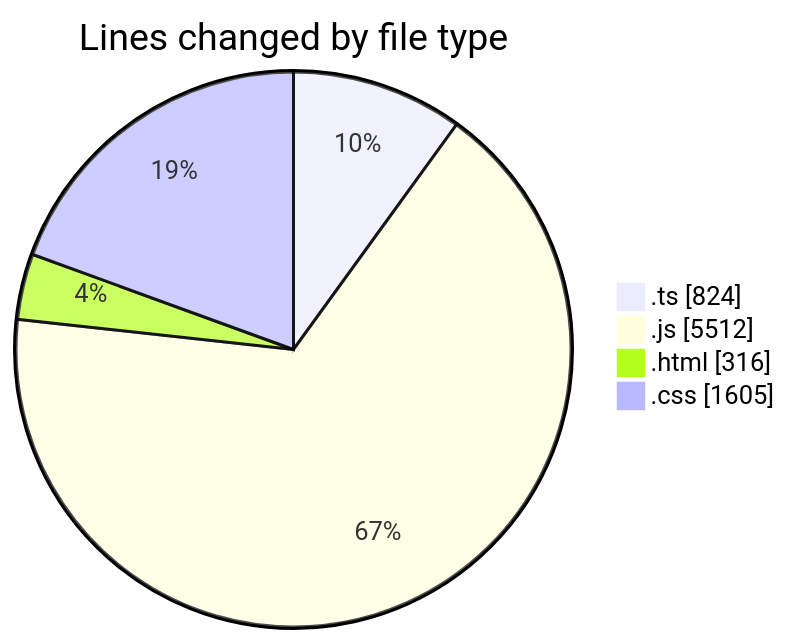
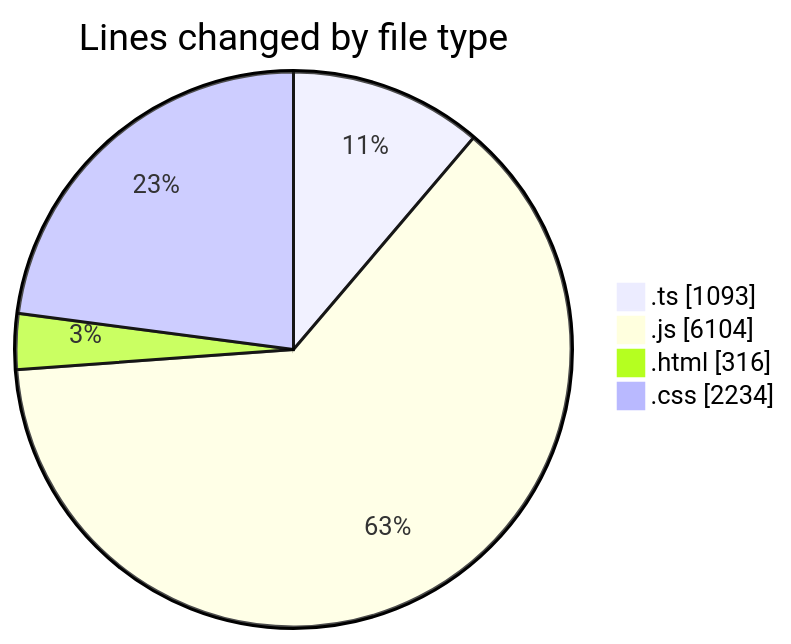
One commit to tmsrecording-cyber/code-tracking changed the first of 2 diagrams in 2026-04-25/darkwire/README.md. Above: the diagram before and after it, drawn with Mermaid. The commit also changed other lines of this file and 1 other file, not shown here.

````diff
--- a/2026-04-25/darkwire/README.md
+++ b/2026-04-25/darkwire/README.md
@@ -35,8 +38,8 @@
 ```mermaid
 pie showData
 title Lines changed by file type
-".ts" : 824
-".js" : 5512
+".ts" : 1093
+".js" : 6104
 ".html" : 316
-".css" : 1605
+".css" : 2234
 ```
````
